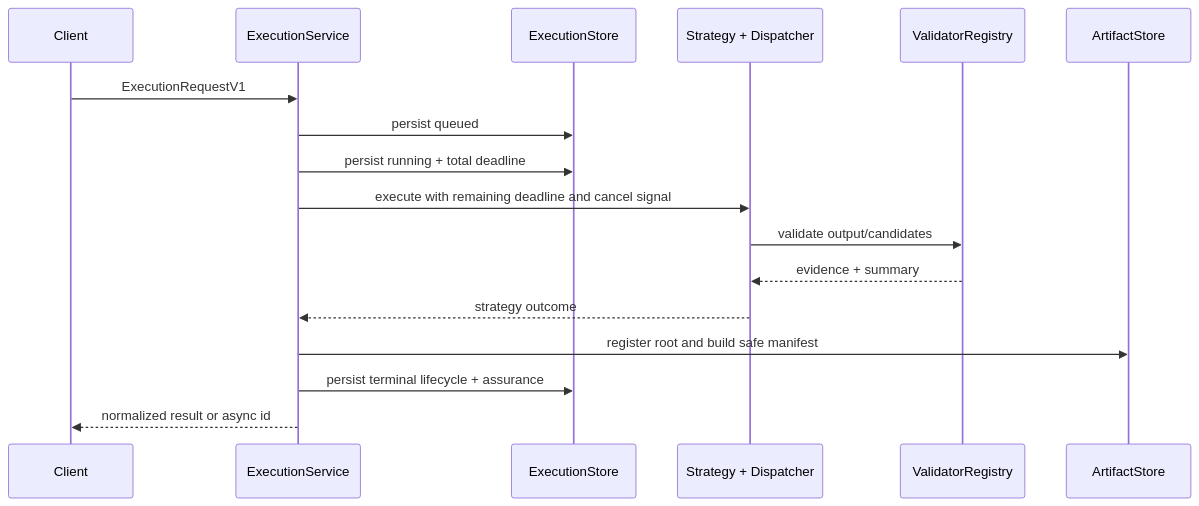
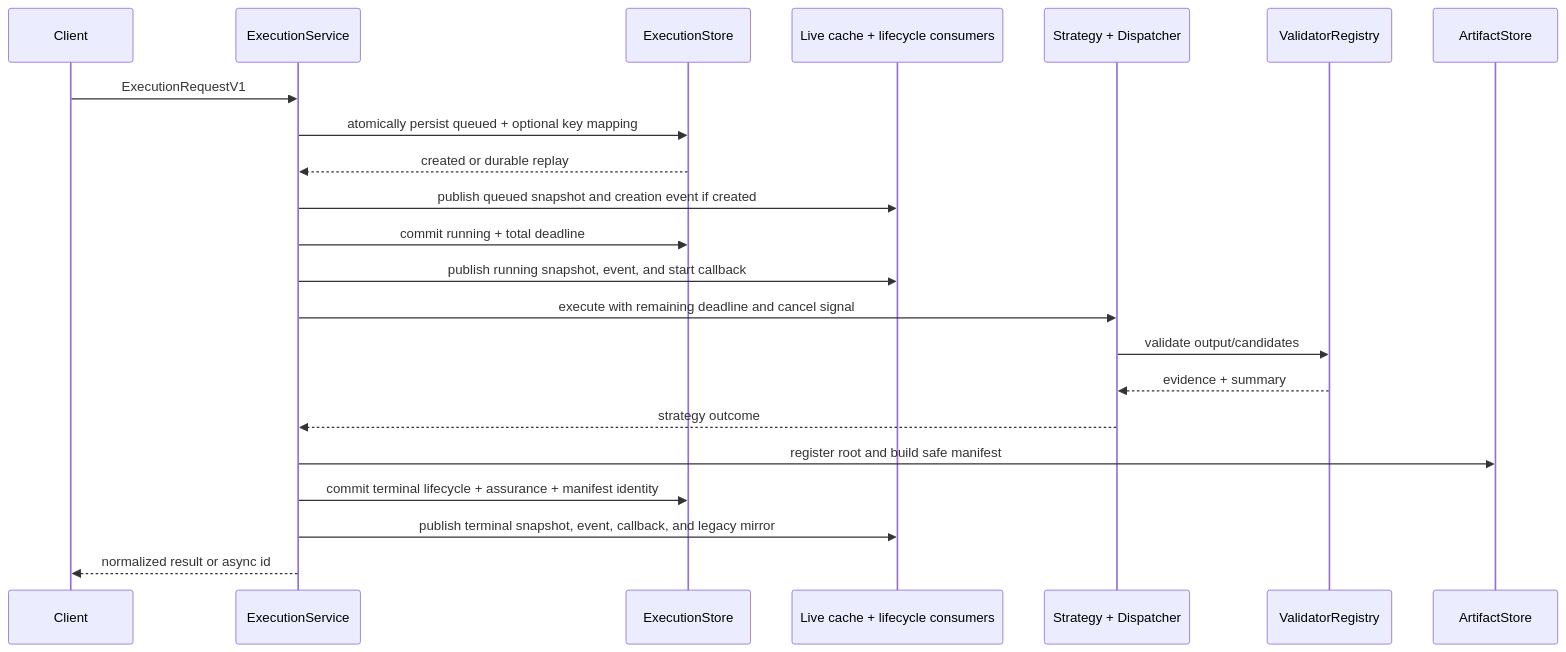
The second of 9 diagrams in docs/ARCHITECTURE.md (Jwrightsman/distributed-orchestrator), drawn with Mermaid before and after one commit. The commit also changed other lines of this file and 27 other files, not shown here.

````diff
--- a/docs/ARCHITECTURE.md
+++ b/docs/ARCHITECTURE.md
@@ -41,19 +43,24 @@
 ```mermaid
 sequenceDiagram
     participant C as Client
     participant S as ExecutionService
     participant P as ExecutionStore
+    participant L as Live cache + lifecycle consumers
     participant X as Strategy + Dispatcher
     participant V as ValidatorRegistry
     participant A as ArtifactStore
     C->>S: ExecutionRequestV1
-    S->>P: persist queued
-    S->>P: persist running + total deadline
+    S->>P: atomically persist queued + optional key mapping
+    P-->>S: created or durable replay
+    S->>L: publish queued snapshot and creation event if created
+    S->>P: commit running + total deadline
+    S->>L: publish running snapshot, event, and start callback
     S->>X: execute with remaining deadline and cancel signal
     X->>V: validate output/candidates
     V-->>X: evidence + summary
     X-->>S: strategy outcome
     S->>A: register root and build safe manifest
-    S->>P: persist terminal lifecycle + assurance
+    S->>P: commit terminal lifecycle + assurance + manifest identity
+    S->>L: publish terminal snapshot, event, callback, and legacy mirror
     S-->>C: normalized result or async id
 ```
````
